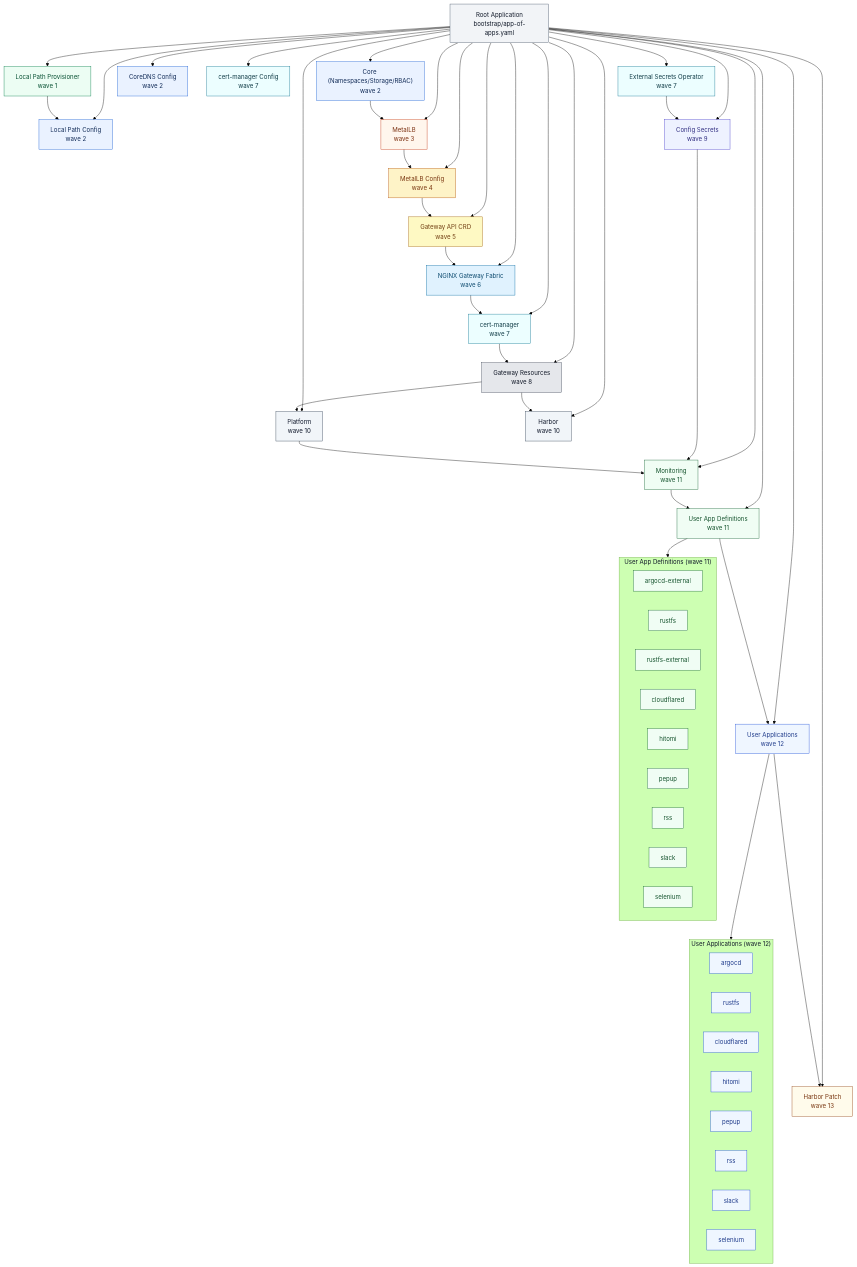
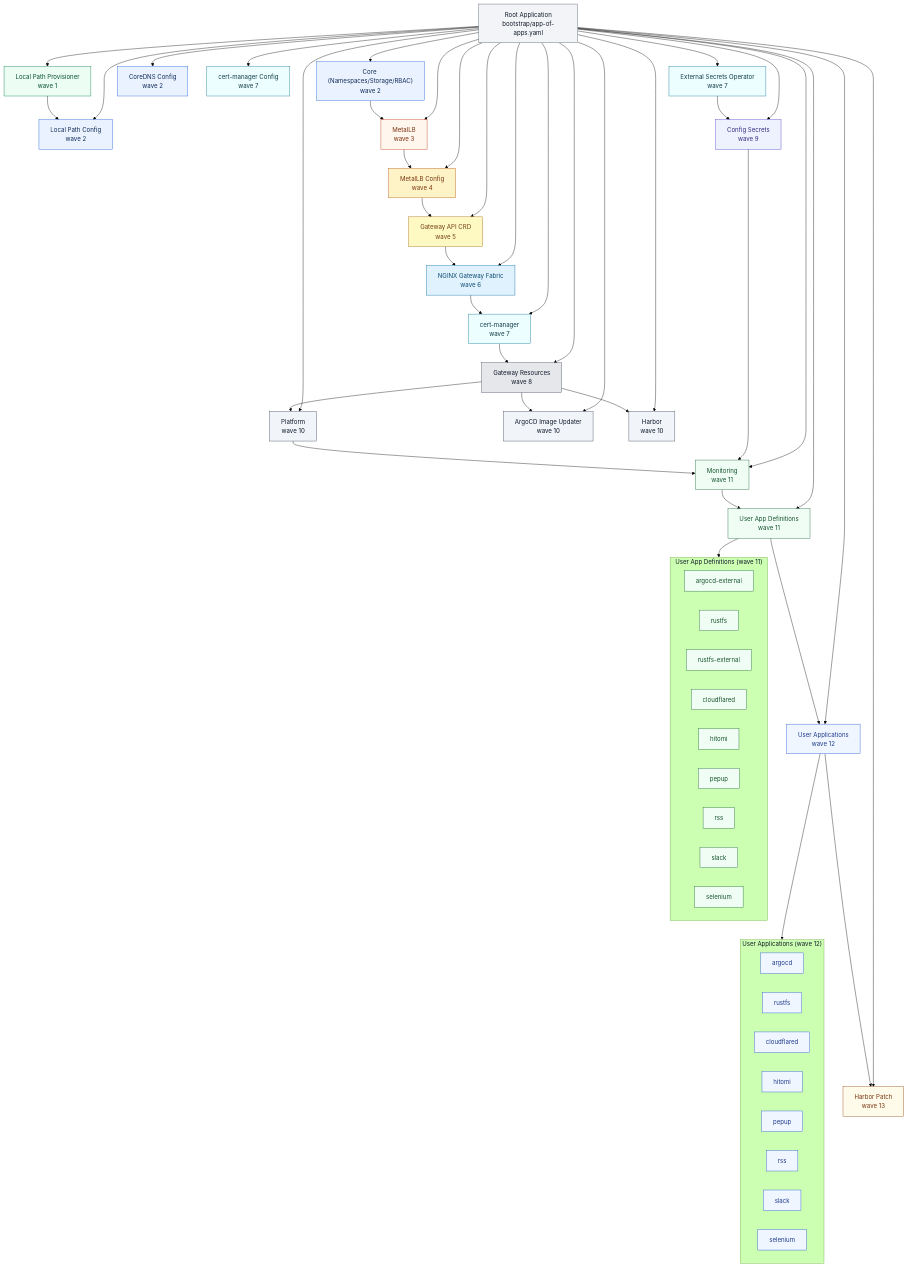
Before and after one commit to ksera524/k8s_myHome: the diagram in docs/diagrams/app-of-apps-sync-wave.md, drawn with Mermaid (forest theme). The commit also changed other lines of this file and 3 other files, not shown here.

Commit message:
feat: add argocd image updater for git-based updates

```diff
--- a/docs/diagrams/app-of-apps-sync-wave.md
+++ b/docs/diagrams/app-of-apps-sync-wave.md
@@ -24,6 +24,7 @@
   gwRes["Gateway Resources\nwave 8"]:::wave8
   cfgSecrets["Config Secrets\nwave 9"]:::wave9
   platform["Platform\nwave 10"]:::wave10
+  imgUpdater["ArgoCD Image Updater\nwave 10"]:::wave10
   harbor["Harbor\nwave 10"]:::wave10
   monitoring["Monitoring\nwave 11"]:::wave11
   userDefs["User App Definitions\nwave 11"]:::wave11
@@ -44,6 +45,7 @@
   root --> gwRes
   root --> cfgSecrets
   root --> platform
+  root --> imgUpdater
   root --> harbor
   root --> monitoring
   root --> userDefs
@@ -60,6 +62,7 @@
   eso --> cfgSecrets
   cfgSecrets --> monitoring
   gwRes --> platform
+  gwRes --> imgUpdater
   gwRes --> harbor
   platform --> monitoring
   monitoring --> userDefs
```
